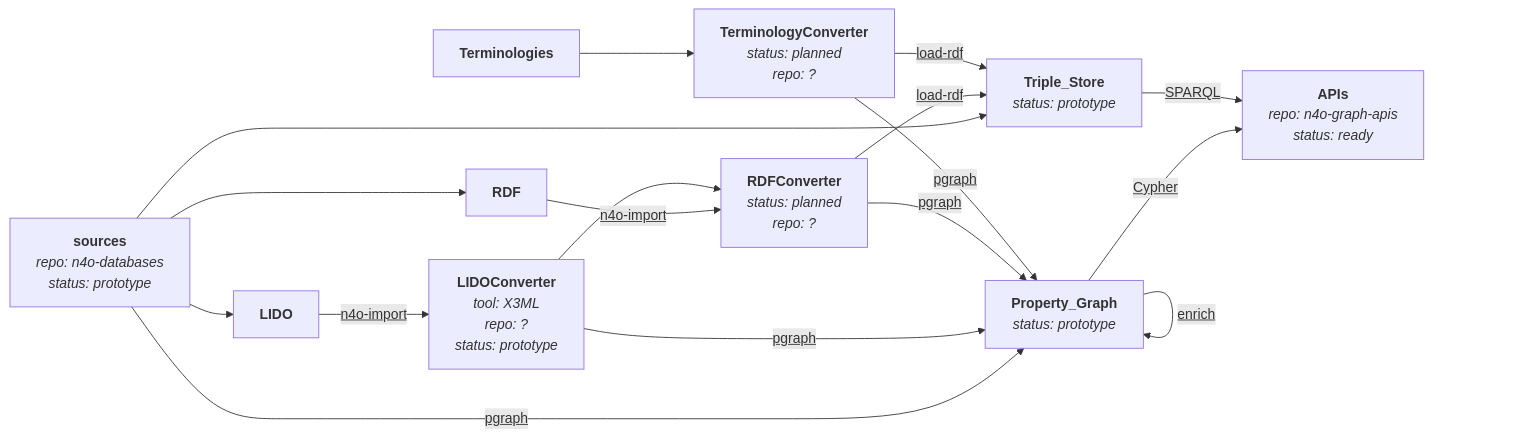
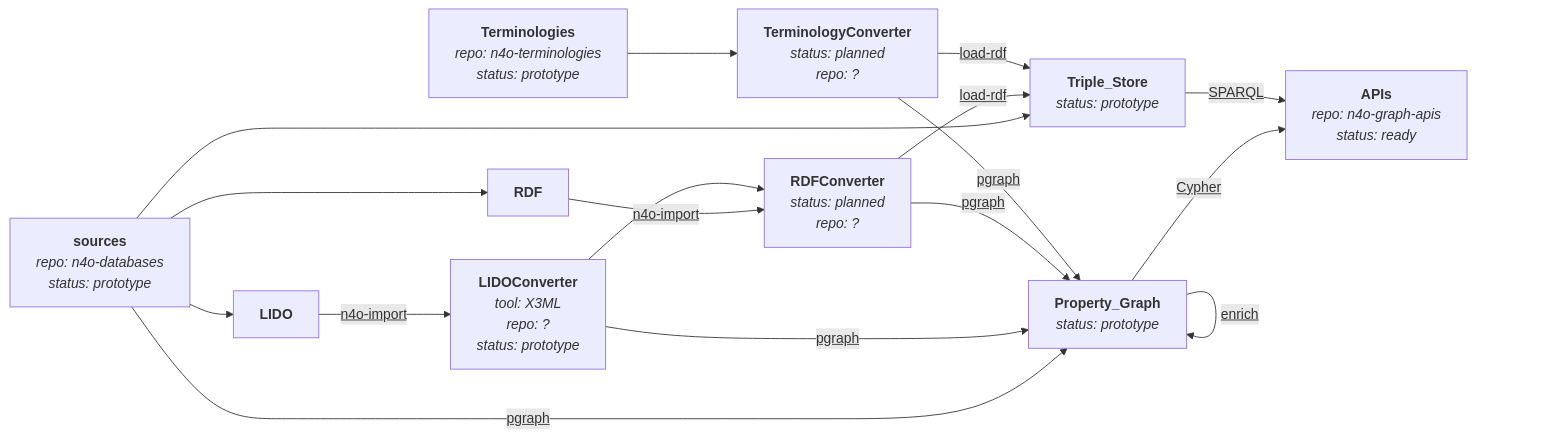
The diagram in manual/img/data-flow.mmd (nfdi4objects/n4o-graph), drawn with Mermaid before and after one commit. The commit also changed 2 other files, not shown here.

```diff
--- a/manual/img/data-flow.mmd
+++ b/manual/img/data-flow.mmd
@@ -1,27 +1,27 @@
 flowchart LR
     APIs["<b>APIs</b><br/><i>repo: n4o-graph-apis</i><br/><i>status: ready</i>"]
     LIDO["<b>LIDO</b>"]
     LIDOConverter["<b>LIDOConverter</b><br/><i>tool: X3ML</i><br/><i>repo: ?</i><br/><i>status: prototype</i>"]
     Property_Graph["<b>Property_Graph</b><br/><i>status: prototype</i>"]
     RDF["<b>RDF</b>"]
     RDFConverter["<b>RDFConverter</b><br/><i>status: planned</i><br/><i>repo: ?</i>"]
-    Terminologies["<b>Terminologies</b>"]
+    Terminologies["<b>Terminologies</b><br/><i>repo: n4o-terminologies</i><br/><i>status: prototype</i>"]
     TerminologyConverter["<b>TerminologyConverter</b><br/><i>status: planned</i><br/><i>repo: ?</i>"]
     Triple_Store["<b>Triple_Store</b><br/><i>status: prototype</i>"]
     sources["<b>sources</b><br/><i>repo: n4o-databases</i><br/><i>status: prototype</i>"]
     sources -- "<u>pgraph</u>" --> Property_Graph
     sources --> Triple_Store
     sources --> LIDO
     sources --> RDF
     LIDO -- "<u>n4o-import</u>" --> LIDOConverter
     LIDOConverter -- "<u>pgraph</u>" --> Property_Graph
     RDF -- "<u>n4o-import</u>" --> RDFConverter
     RDFConverter -- "<u>load-rdf</u>" --> Triple_Store
     RDFConverter -- "<u>pgraph</u>" --> Property_Graph
     Property_Graph -- "<u>enrich</u>" --> Property_Graph
     LIDOConverter --> RDFConverter
     Property_Graph -- "<u>Cypher</u>" --> APIs
     Triple_Store -- "<u>SPARQL</u>" --> APIs
     Terminologies --> TerminologyConverter
     TerminologyConverter -- "<u>load-rdf</u>" --> Triple_Store
     TerminologyConverter -- "<u>pgraph</u>" --> Property_Graph
```
